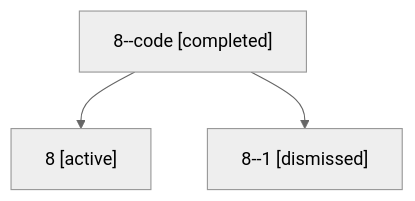
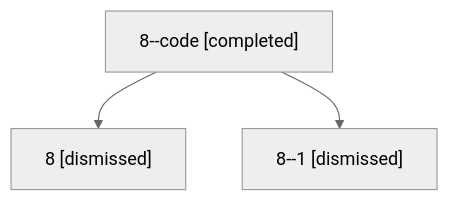
One commit to sase-org/sase--agents changed the diagram in sessions/bbugyi200.athena.8.md. Above: the diagram before and after it, drawn with Mermaid (neutral theme). The commit also changed other lines of this file and 31 other files, not shown here.

````diff
--- a/sessions/bbugyi200.athena.8.md
+++ b/sessions/bbugyi200.athena.8.md
@@ -9,8 +9,8 @@
 ```mermaid
 flowchart TD
   n0["8--code [completed]"]
-  n1["8 [active]"]
+  n1["8 [dismissed]"]
   n0 --> n1
   n2["8--1 [dismissed]"]
   n0 --> n2
 ```
````
